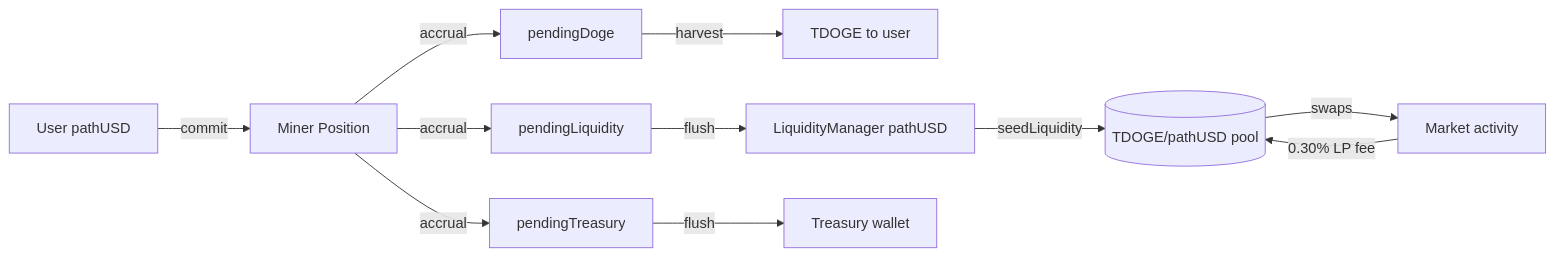
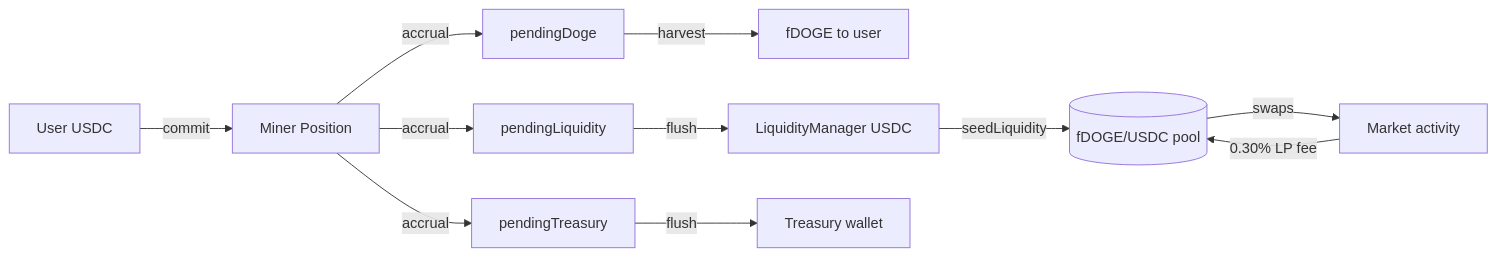
The third of 19 diagrams in WHITEPAPER.md (dudelynft-dotcom/DF), drawn with Mermaid before and after one commit. The commit also changed other lines of this file and 2 other files, not shown here.

````diff
--- a/WHITEPAPER.md
+++ b/WHITEPAPER.md
@@ -188,13 +183,13 @@
 ```mermaid
 flowchart LR
-    pUSD[User pathUSD] -->|commit| MP[Miner Position]
+    pUSD[User USDC] -->|commit| MP[Miner Position]
     MP -->|accrual| PD[pendingDoge]
     MP -->|accrual| PL[pendingLiquidity]
     MP -->|accrual| PT[pendingTreasury]
-    PD -->|harvest| MintTo[TDOGE to user]
-    PL -->|flush| LMBal[LiquidityManager pathUSD]
+    PD -->|harvest| MintTo[fDOGE to user]
+    PL -->|flush| LMBal[LiquidityManager USDC]
     PT -->|flush| Tre[Treasury wallet]
-    LMBal -->|seedLiquidity| Pool[(TDOGE/pathUSD pool)]
+    LMBal -->|seedLiquidity| Pool[(fDOGE/USDC pool)]
     Pool -->|swaps| Trades[Market activity]
     Trades -->|0.30% LP fee| Pool
 ```
````
